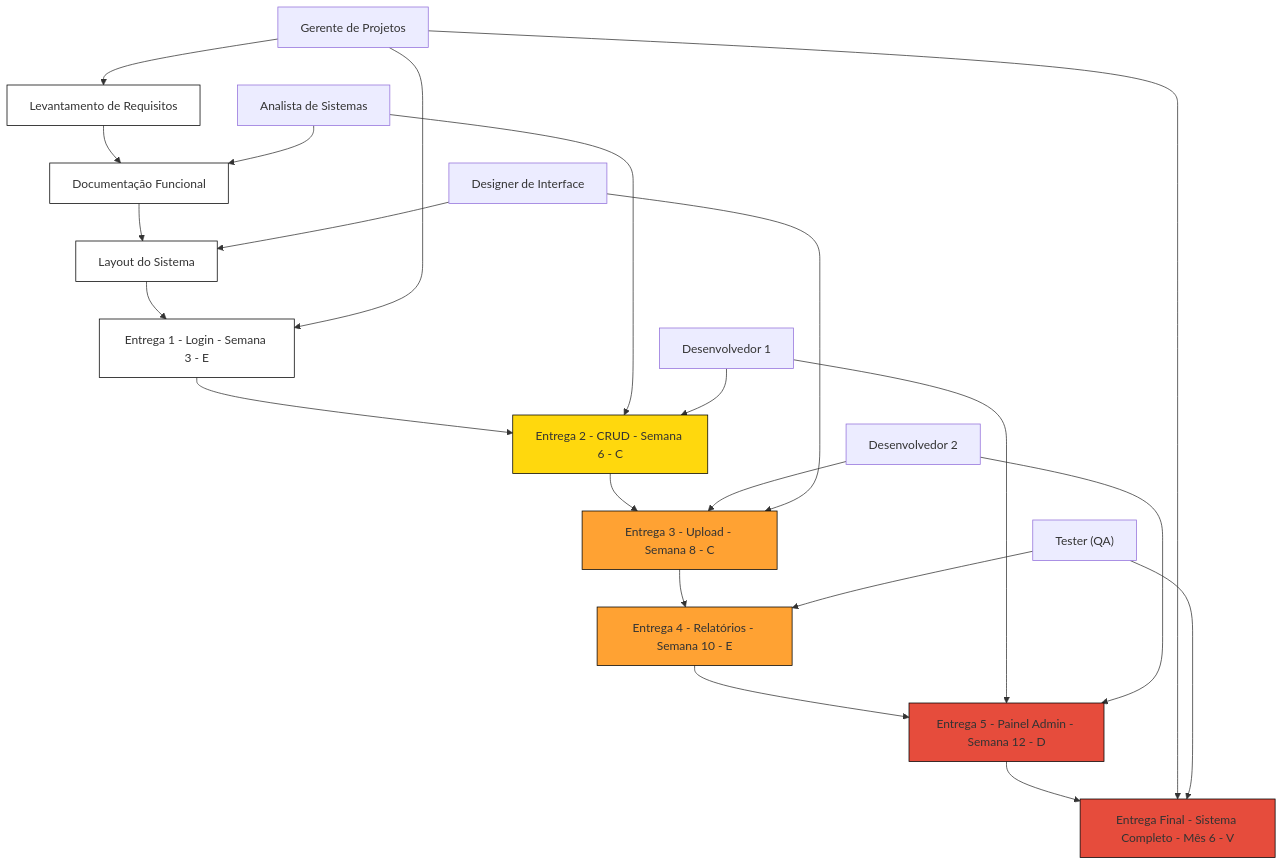
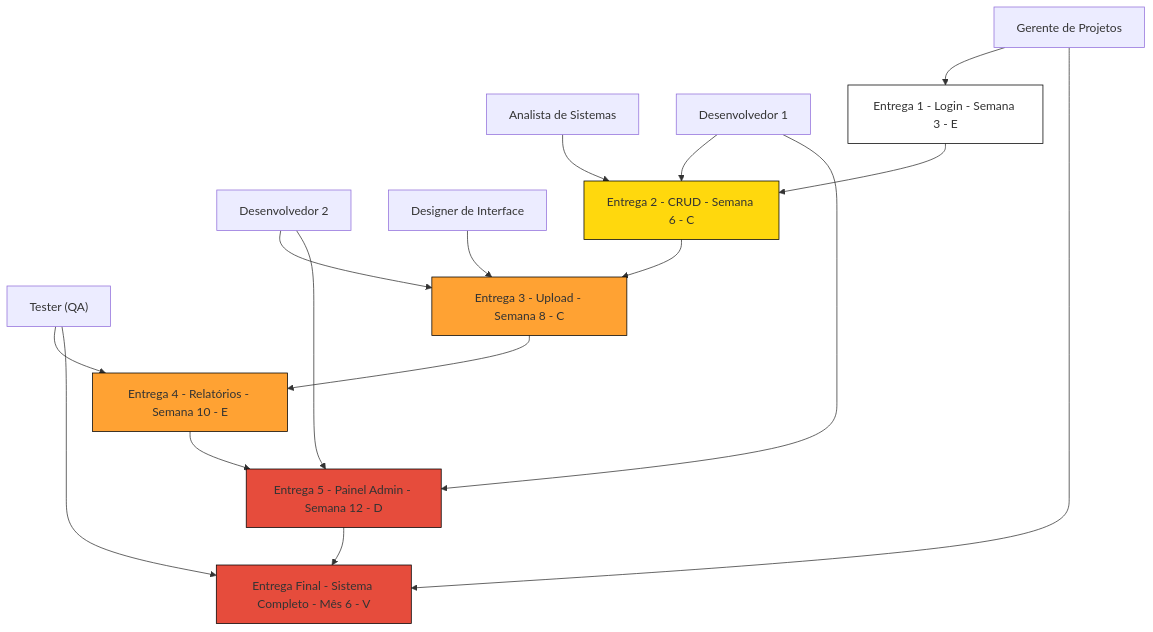
The first of 3 diagrams in README.md (AnandaMazine/Metodo-Agil-Crystal), drawn with Mermaid before and after one commit.

````diff
--- a/README.md
+++ b/README.md
@@ -3,53 +3,42 @@
 ```mermaid
 graph TD
     %% Setores e funções
     GP["Gerente de Projetos"]
     AS["Analista de Sistemas"]
     DEV1["Desenvolvedor 1"]
     DEV2["Desenvolvedor 2"]
     UI["Designer de Interface"]
     QA["Tester (QA)"]
 
-    %% Atividades iniciais
-    LR["Levantamento de Requisitos"]:::branco
-    DF["Documentação Funcional"]:::branco
-    LAYOUT["Layout do Sistema"]:::branco
-
     %% Entregas
     E1["Entrega 1 - Login - Semana 3 - E"]:::branco
     E2["Entrega 2 - CRUD - Semana 6 - C"]:::amarelo
     E3["Entrega 3 - Upload - Semana 8 - C"]:::laranja
     E4["Entrega 4 - Relatórios - Semana 10 - E"]:::laranja
     E5["Entrega 5 - Painel Admin - Semana 12 - D"]:::vermelho
     EF["Entrega Final - Sistema Completo - Mês 6 - V"]:::vermelho
 
-    %% Fluxo das atividades e entregas
-    LR --> DF --> LAYOUT --> E1
+    %% Fluxo das entregas
     E1 --> E2 --> E3 --> E4 --> E5 --> EF
-
-    %% Responsáveis por atividade
-    GP --> LR
-    AS --> DF
-    UI --> LAYOUT
 
     %% Responsáveis por entrega
     GP --> E1
     AS --> E2
     DEV1 --> E2
     DEV2 --> E3
     UI --> E3
     QA --> E4
     DEV1 --> E5
     DEV2 --> E5
     GP --> EF
     QA --> EF
 
 %% Definições de estilo
 classDef branco fill:#ffffff,stroke:#000,stroke-width:1px;
 classDef amarelo fill:#FFD80D,stroke:#000,stroke-width:1px;
 classDef laranja fill:#FFA233,stroke:#000,stroke-width:1px;
 classDef vermelho fill:#E64C3C,stroke:#000,stroke-width:1px;
-classDef azul fill:#33BFFF,stroke:#000,stroke-width:1px;
+
 
 
 ```
````
